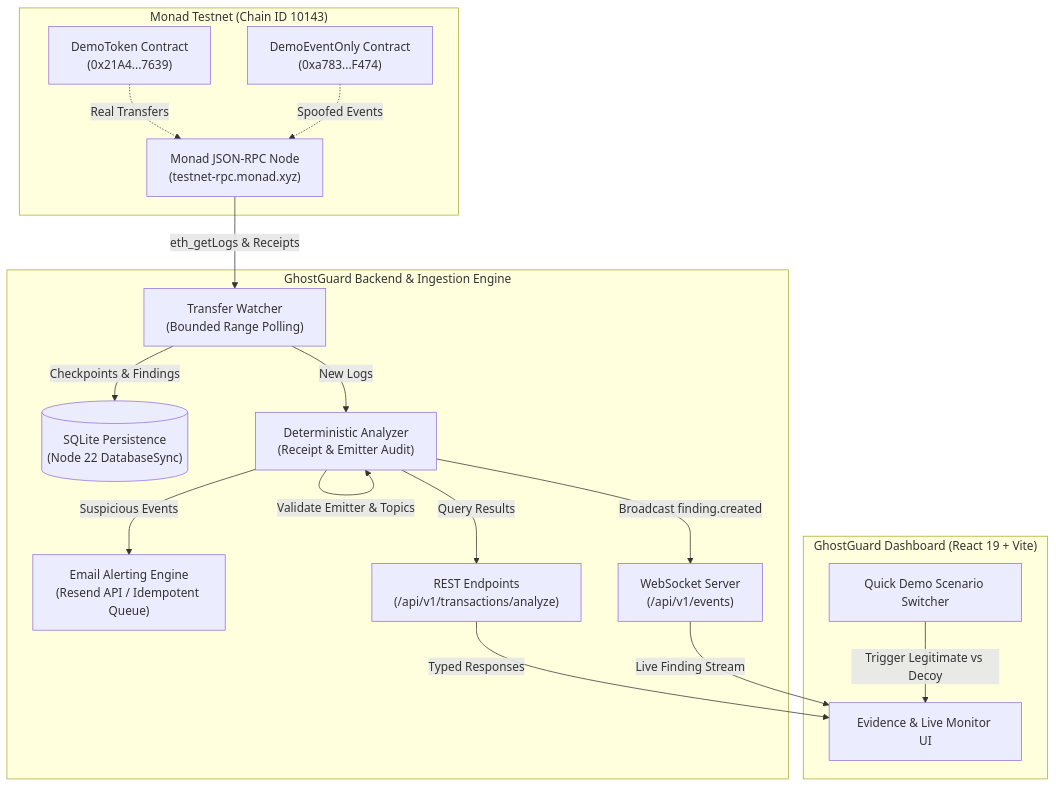
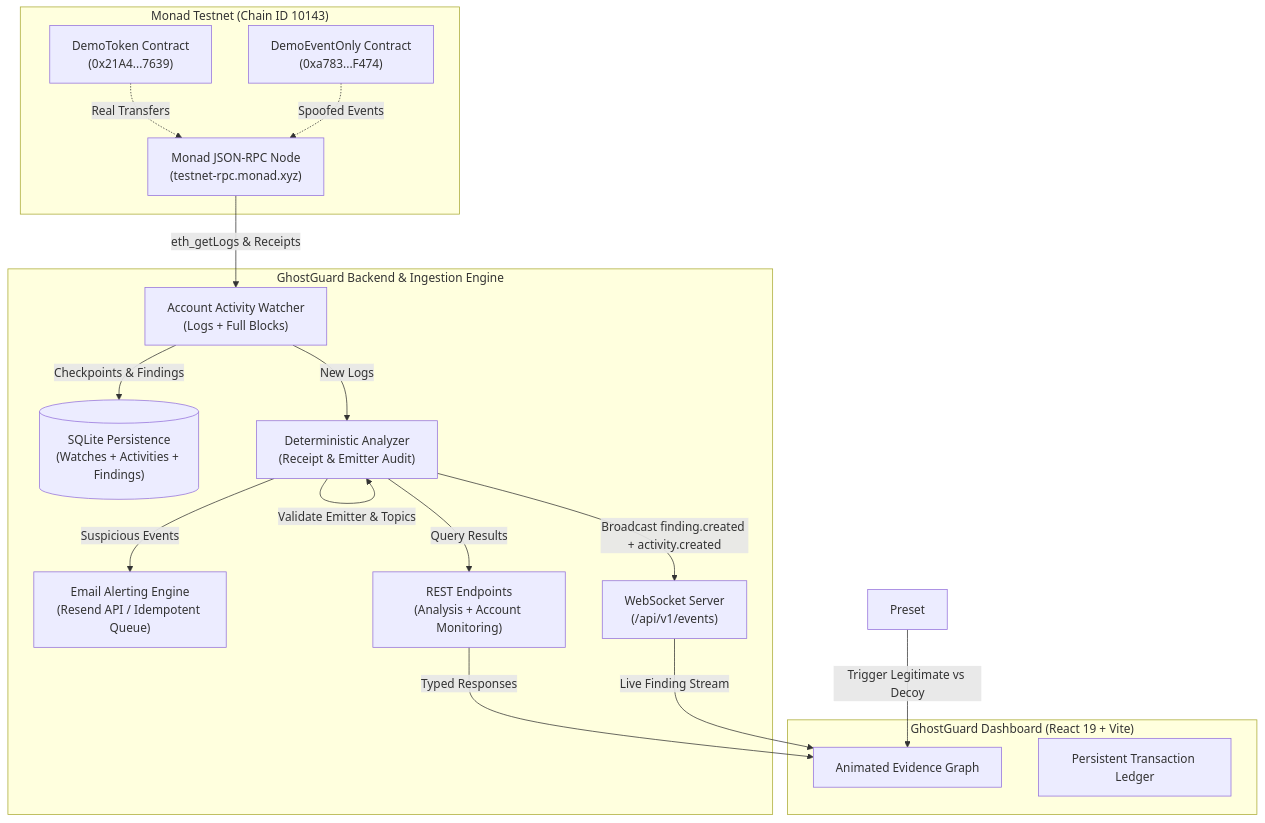
The first of 2 diagrams in README.md (aposalik/ghostguard), drawn with Mermaid before and after one commit. The commit also changed other lines of this file and 30 other files, not shown here.

Commit message:
feat: add persistent account agent mode

````diff
--- a/README.md
+++ b/README.md
@@ -48,38 +50,38 @@
 ```mermaid
 flowchart TD
     subgraph Monad ["Monad Testnet (Chain ID 10143)"]
         RPC["Monad JSON-RPC Node\n(testnet-rpc.monad.xyz)"]
         DT["DemoToken Contract\n(0x21A4...7639)"]
         DE["DemoEventOnly Contract\n(0xa783...F474)"]
     end
 
     subgraph Backend ["GhostGuard Backend & Ingestion Engine"]
-        W["Transfer Watcher\n(Bounded Range Polling)"]
-        DB[("SQLite Persistence\n(Node 22 DatabaseSync)")]
+        W["Account Activity Watcher\n(Logs + Full Blocks)"]
+        DB[("SQLite Persistence\n(Watches + Activities + Findings)")]
         A["Deterministic Analyzer\n(Receipt & Emitter Audit)"]
         EM["Email Alerting Engine\n(Resend API / Idempotent Queue)"]
         WS["WebSocket Server\n(/api/v1/events)"]
-        REST["REST Endpoints\n(/api/v1/transactions/analyze)"]
+        REST["REST Endpoints\n(Analysis + Account Monitoring)"]
     end
 
     subgraph Frontend ["GhostGuard Dashboard (React 19 + Vite)"]
-        UI["Evidence & Live Monitor UI"]
-        Preset["Quick Demo Scenario Switcher"]
+        UI["Animated Evidence Graph"]
+        Ledger["Persistent Transaction Ledger"]
     end
 
     DT -.->|Real Transfers| RPC
     DE -.->|Spoofed Events| RPC
 
     RPC -->|eth_getLogs & Receipts| W
     W -->|Checkpoints & Findings| DB
     W -->|New Logs| A
 
     A -->|Validate Emitter & Topics| A
     A -->|Suspicious Events| EM
-    A -->|Broadcast finding.created| WS
+    A -->|Broadcast finding.created + activity.created| WS
     A -->|Query Results| REST
 
     REST -->|Typed Responses| UI
     WS -->|Live Finding Stream| UI
     Preset -->|Trigger Legitimate vs Decoy| UI
 ```
````
